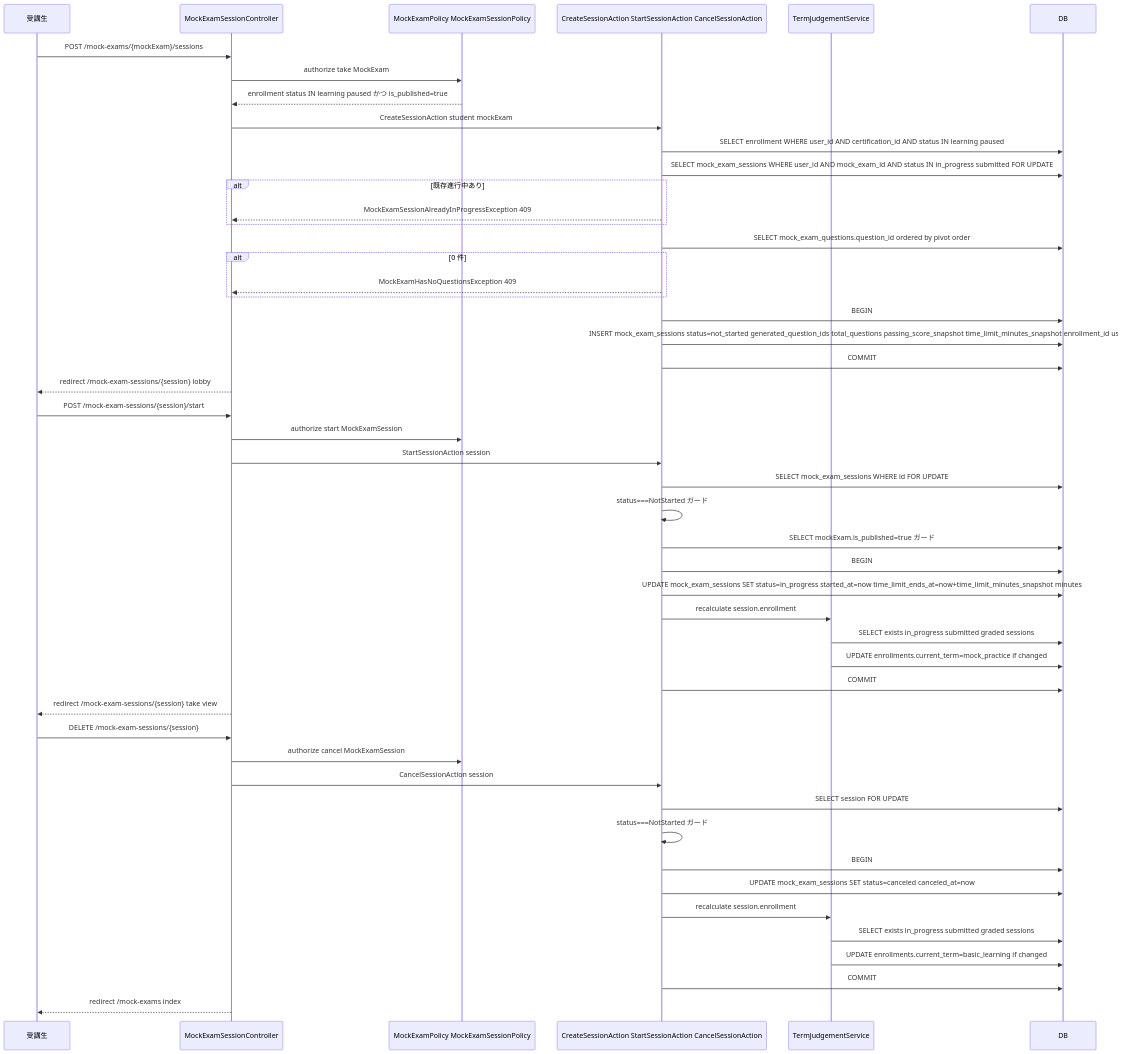
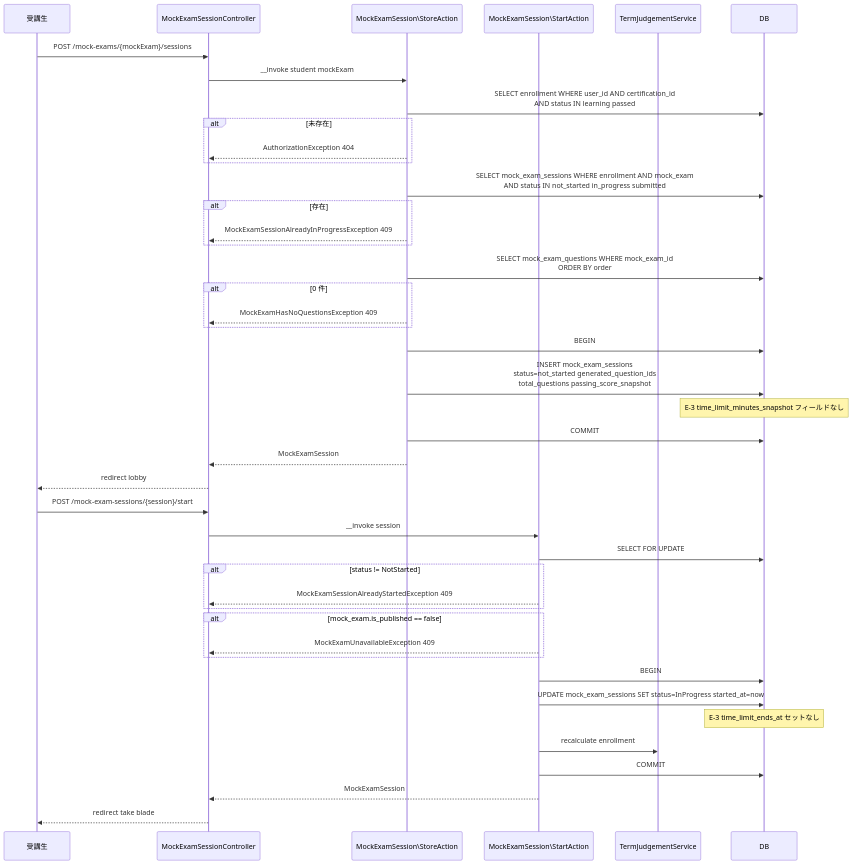
Before and after one commit to coachtech-mockcase-second/ExampleAnswer-mockcase-CertifyLMS: the third of 8 diagrams in docs/specs/mock-exam/design.md, drawn with Mermaid. The commit also changed other lines of this file and 67 other files, not shown here.

````diff
--- a/docs/specs/mock-exam/design.md
+++ b/docs/specs/mock-exam/design.md
@@ -148,54 +83,47 @@
 ```mermaid
 sequenceDiagram
     participant Student as 受講生
-    participant SSC as MockExamSessionController
-    participant Pol as MockExamPolicy MockExamSessionPolicy
-    participant CSA as CreateSessionAction StartSessionAction CancelSessionAction
+    participant MESC as MockExamSessionController
+    participant CA as MockExamSession\StoreAction
+    participant StA as MockExamSession\StartAction
     participant TJS as TermJudgementService
-    participant DB as DB
+    participant DB
 
-    Student->>SSC: POST /mock-exams/{mockExam}/sessions
-    SSC->>Pol: authorize take MockExam
-    Pol-->>SSC: enrollment status IN learning paused かつ is_published=true
-    SSC->>CSA: CreateSessionAction student mockExam
-    CSA->>DB: SELECT enrollment WHERE user_id AND certification_id AND status IN learning paused
-    CSA->>DB: SELECT mock_exam_sessions WHERE user_id AND mock_exam_id AND status IN in_progress submitted FOR UPDATE
-    alt 既存進行中あり
-        CSA-->>SSC: MockExamSessionAlreadyInProgressException 409
+    Student->>MESC: POST /mock-exams/{mockExam}/sessions
+    MESC->>CA: __invoke student mockExam
+    CA->>DB: SELECT enrollment WHERE user_id AND certification_id<br/>AND status IN learning passed
+    alt 未存在
+        CA-->>MESC: AuthorizationException 404
     end
-    CSA->>DB: SELECT mock_exam_questions.question_id ordered by pivot order
+    CA->>DB: SELECT mock_exam_sessions WHERE enrollment AND mock_exam<br/>AND status IN not_started in_progress submitted
+    alt 存在
+        CA-->>MESC: MockExamSessionAlreadyInProgressException 409
+    end
+    CA->>DB: SELECT mock_exam_questions WHERE mock_exam_id<br/>ORDER BY order
     alt 0 件
-        CSA-->>SSC: MockExamHasNoQuestionsException 409
+        CA-->>MESC: MockExamHasNoQuestionsException 409
     end
-    CSA->>DB: BEGIN
-    CSA->>DB: INSERT mock_exam_sessions status=not_started generated_question_ids total_questions passing_score_snapshot time_limit_minutes_snapshot enrollment_id user_id
-    CSA->>DB: COMMIT
-    SSC-->>Student: redirect /mock-exam-sessions/{session} lobby
+    CA->>DB: BEGIN
+    CA->>DB: INSERT mock_exam_sessions<br/>status=not_started generated_question_ids<br/>total_questions passing_score_snapshot
+    Note over DB: E-3 time_limit_minutes_snapshot フィールドなし
+    CA->>DB: COMMIT
+    CA-->>MESC: MockExamSession
+    MESC-->>Student: redirect lobby
 
-    Student->>SSC: POST /mock-exam-sessions/{session}/start
-    SSC->>Pol: authorize start MockExamSession
-    SSC->>CSA: StartSessionAction session
-    CSA->>DB: SELECT mock_exam_sessions WHERE id FOR UPDATE
-    CSA->>CSA: status===NotStarted ガード
-    CSA->>DB: SELECT mockExam.is_published=true ガード
-    CSA->>DB: BEGIN
-    CSA->>DB: UPDATE mock_exam_sessions SET status=in_progress started_at=now time_limit_ends_at=now+time_limit_minutes_snapshot minutes
-    CSA->>TJS: recalculate session.enrollment
-    TJS->>DB: SELECT exists in_progress submitted graded sessions
-    TJS->>DB: UPDATE enrollments.current_term=mock_practice if changed
-    CSA->>DB: COMMIT
-    SSC-->>Student: redirect /mock-exam-sessions/{session} take view
-
-    Student->>SSC: DELETE /mock-exam-sessions/{session}
-    SSC->>Pol: authorize cancel MockExamSession
-    SSC->>CSA: CancelSessionAction session
-    CSA->>DB: SELECT session FOR UPDATE
-    CSA->>CSA: status===NotStarted ガード
-    CSA->>DB: BEGIN
-    CSA->>DB: UPDATE mock_exam_sessions SET status=canceled canceled_at=now
-    CSA->>TJS: recalculate session.enrollment
-    TJS->>DB: SELECT exists in_progress submitted graded sessions
-    TJS->>DB: UPDATE enrollments.current_term=basic_learning if changed
-    CSA->>DB: COMMIT
-    SSC-->>Student: redirect /mock-exams index
+    Student->>MESC: POST /mock-exam-sessions/{session}/start
+    MESC->>StA: __invoke session
+    StA->>DB: SELECT FOR UPDATE
+    alt status != NotStarted
+        StA-->>MESC: MockExamSessionAlreadyStartedException 409
+    end
+    alt mock_exam.is_published == false
+        StA-->>MESC: MockExamUnavailableException 409
+    end
+    StA->>DB: BEGIN
+    StA->>DB: UPDATE mock_exam_sessions SET status=InProgress started_at=now
+    Note over DB: E-3 time_limit_ends_at セットなし
+    StA->>TJS: recalculate enrollment
+    StA->>DB: COMMIT
+    StA-->>MESC: MockExamSession
+    MESC-->>Student: redirect take blade
 ```
````
